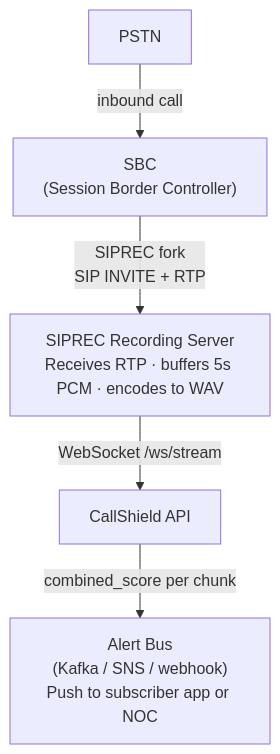
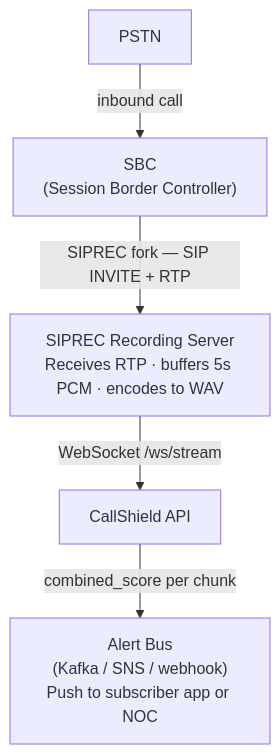
The second of 2 diagrams in docs/INTEGRATION.md (melbinkm/CallShield), drawn with Mermaid before and after one commit. The commit also changed other lines of this file and 1 other file, not shown here.

Commit message:
Final documentation updates for hackathon submission

````diff
--- a/docs/INTEGRATION.md
+++ b/docs/INTEGRATION.md
@@ -139,13 +139,13 @@
 ```mermaid
 flowchart TD
     PSTN["PSTN"]
-    SBC["SBC\n(Session Border Controller)"]
-    SIPREC["SIPREC Recording Server\nReceives RTP · buffers 5s PCM · encodes to WAV"]
+    SBC["SBC<br/>(Session Border Controller)"]
+    SIPREC["SIPREC Recording Server<br/>Receives RTP · buffers 5s PCM · encodes to WAV"]
     API["CallShield API"]
-    Alert["Alert Bus\n(Kafka / SNS / webhook)\nPush to subscriber app or NOC"]
+    Alert["Alert Bus<br/>(Kafka / SNS / webhook)<br/>Push to subscriber app or NOC"]
 
     PSTN -->|"inbound call"| SBC
-    SBC -->|"SIPREC fork\nSIP INVITE + RTP"| SIPREC
+    SBC -->|"SIPREC fork — SIP INVITE + RTP"| SIPREC
     SIPREC -->|"WebSocket /ws/stream"| API
     API -->|"combined_score per chunk"| Alert
 ```
````
